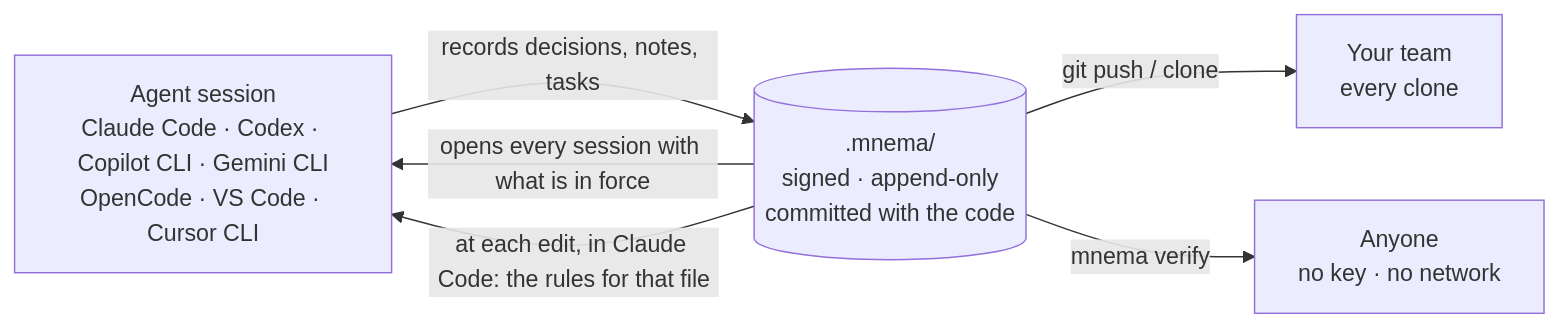
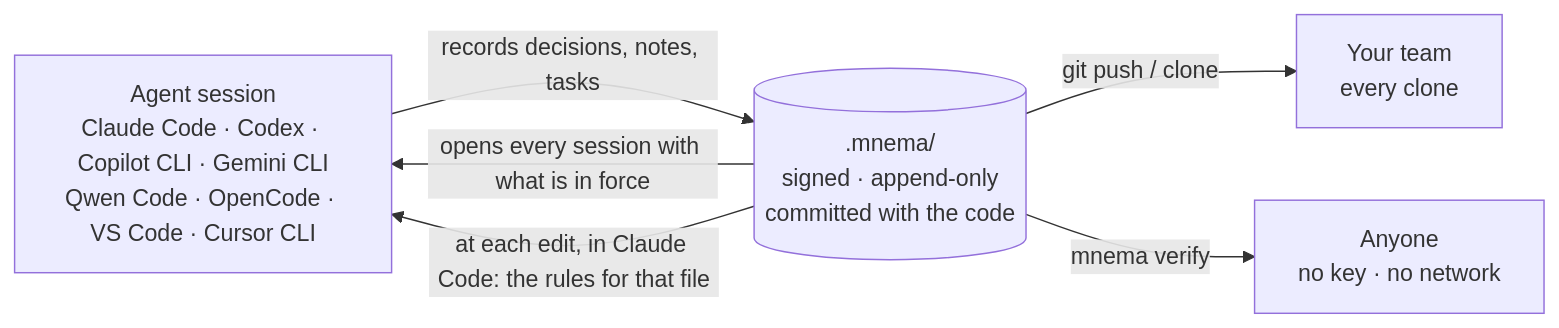
One commit to felipesauer/mnema changed the first of 2 diagrams in docs/how-it-works.md. Above: the diagram before and after it, drawn with Mermaid. The commit also changed other lines of this file and 37 other files, not shown here.

First line of the commit message:
Take Qwen Code to the command rung: open the session and refuse a write a rule refuses (#999)

````diff
--- a/docs/how-it-works.md
+++ b/docs/how-it-works.md
@@ -10,13 +10,13 @@
 ```mermaid
 flowchart LR
-    agent["Agent session<br/>Claude Code · Codex · Copilot CLI · Gemini CLI<br/>OpenCode · VS Code · Cursor CLI"]
+    agent["Agent session<br/>Claude Code · Codex · Copilot CLI · Gemini CLI<br/>Qwen Code · OpenCode · VS Code · Cursor CLI"]
     record[(".mnema/<br/>signed · append-only<br/>committed with the code")]
     team["Your team<br/>every clone"]
     stranger["Anyone<br/>no key · no network"]
 
     agent -- "records decisions, notes, tasks" --> record
     record -- "opens every session with what is in force" --> agent
     record -- "at each edit, in Claude Code: the rules for that file" --> agent
     record -- "git push / clone" --> team
     record -- "mnema verify" --> stranger
 ```
````
